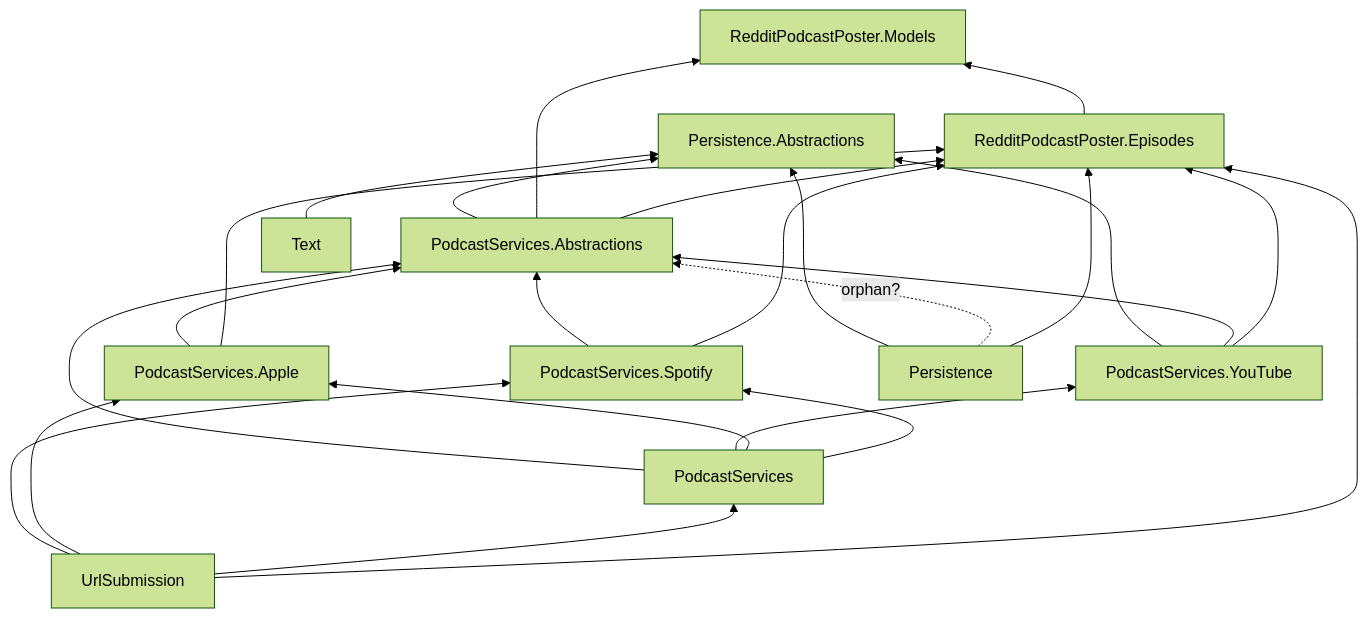
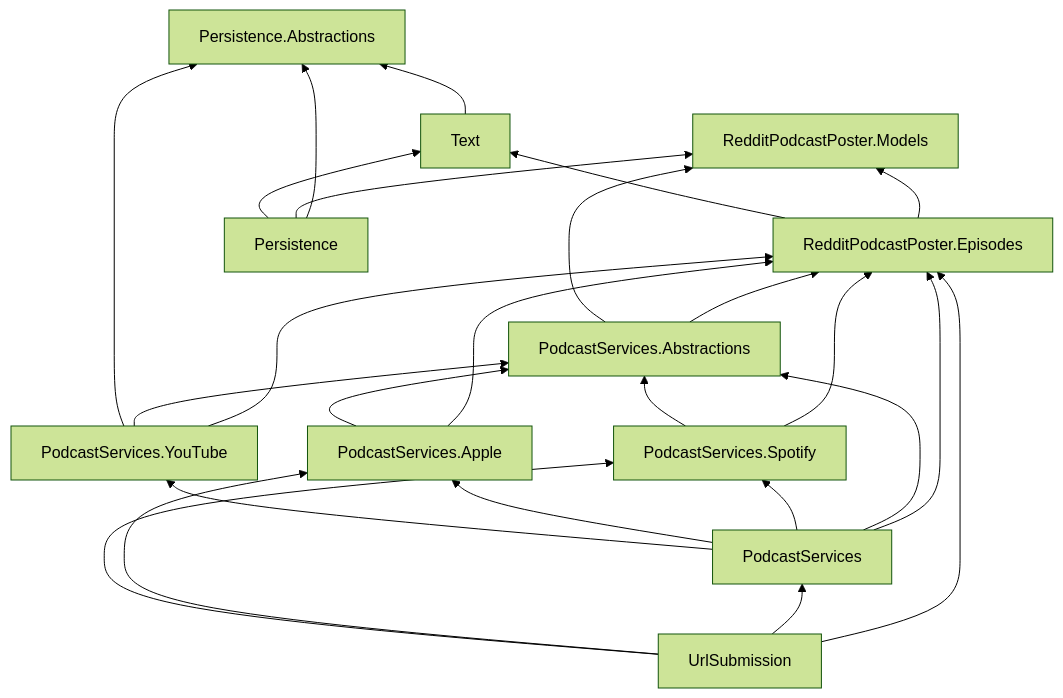
One commit to cultpodcasts/RedditPodcastPoster changed the fourth of 4 diagrams in Class-Libraries/RedditPodcastPoster.Episodes/architecture.md. Above: the diagram before and after it, drawn with Mermaid (forest theme). The commit also changed other lines of this file and 14 other files, not shown here.

````diff
--- a/Class-Libraries/RedditPodcastPoster.Episodes/architecture.md
+++ b/Class-Libraries/RedditPodcastPoster.Episodes/architecture.md
@@ -280,30 +329,23 @@
 ```mermaid
 flowchart BT
     Models[RedditPodcastPoster.Models]
     Episodes[RedditPodcastPoster.Episodes]
     PersAbstr[Persistence.Abstractions]
     Abstr[PodcastServices.Abstractions]
     PS[PodcastServices]
     SP[PodcastServices.Spotify]
     AP[PodcastServices.Apple]
     YT[PodcastServices.YouTube]
     Pers[Persistence]
     US[UrlSubmission]
     Text[Text]
 
-    Episodes --> Models
-    Abstr --> Episodes
-    Abstr --> Models
-    Abstr --> PersAbstr
-    SP & AP & YT --> Episodes
-    SP & AP & YT --> Abstr
-    PS --> SP & AP & YT & Abstr
-    Pers --> Episodes
-    Pers -.->|orphan?| Abstr
-    Pers --> PersAbstr
-    US --> Episodes
-    US --> PS
-    US --> AP & SP
+    Episodes --> Models & Text
+    Abstr --> Episodes & Models
+    PS --> Episodes & Abstr & SP & AP & YT
+    SP & AP & YT --> Episodes & Abstr
+    Pers --> PersAbstr & Models & Text
+    US --> Episodes & PS & AP & SP
     YT --> PersAbstr
     Text --> PersAbstr
 ```
````
